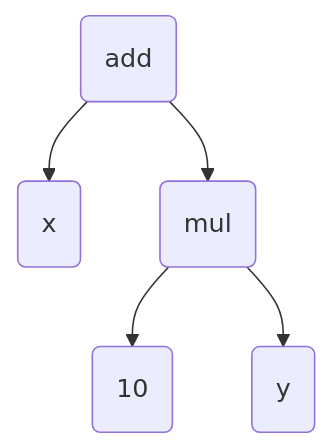
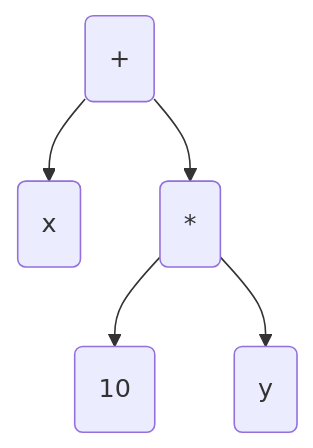
One commit to pengvyn/kavpix-code changed the first of 49 diagrams in src/essays/number-tree/essay.md. Above: the diagram before and after it, drawn with Mermaid. The commit also changed other lines of this file and 1 other file, not shown here.

````diff
--- a/src/essays/number-tree/essay.md
+++ b/src/essays/number-tree/essay.md
@@ -13,7 +57,7 @@
 ```mermaid
     graph TD;
-        add(add) --> x(x);
-        add --> mul(mul);
+        add(+) --> x(x);
+        add --> mul(*);
         mul --> 10(10);
         mul --> y(y);
 ```
````
